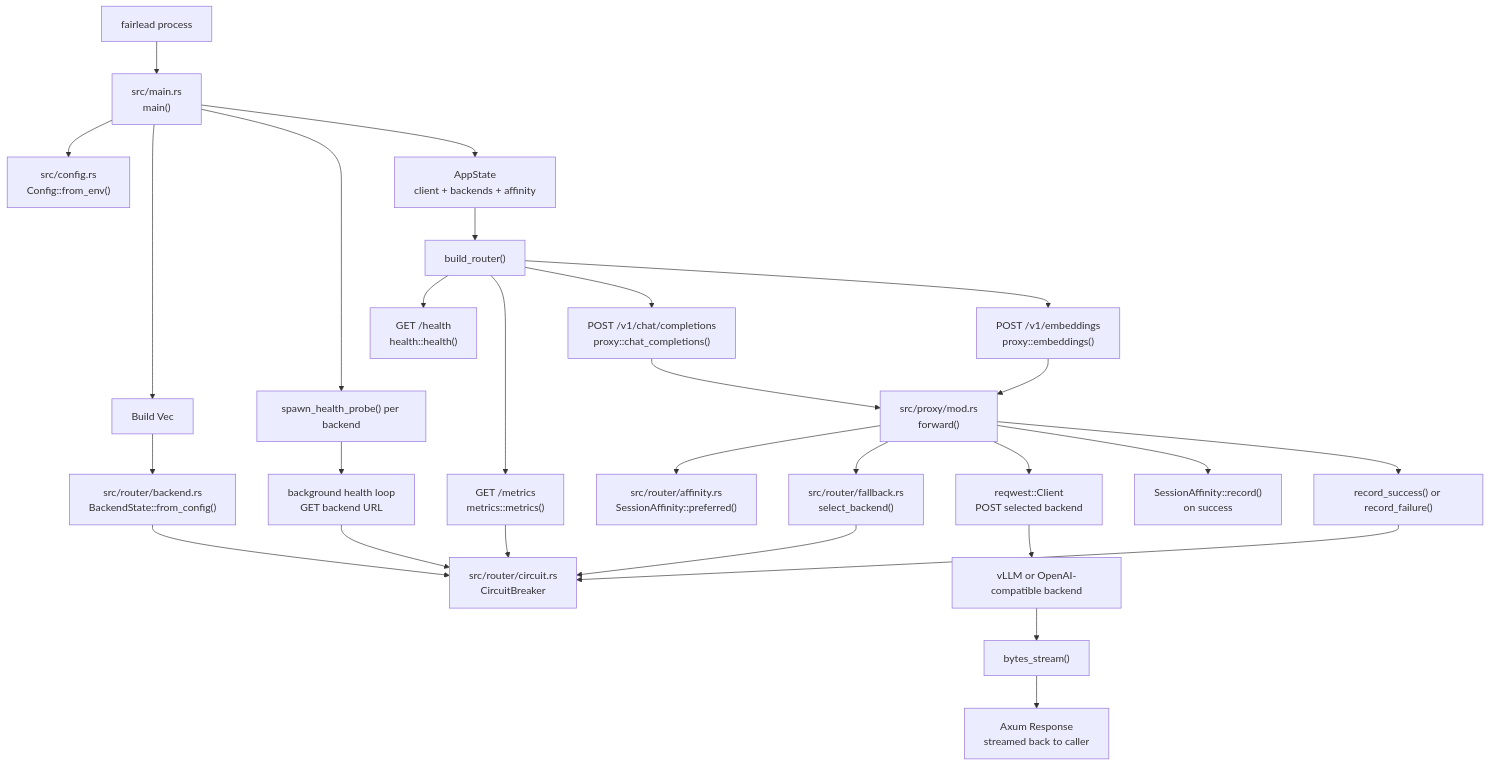
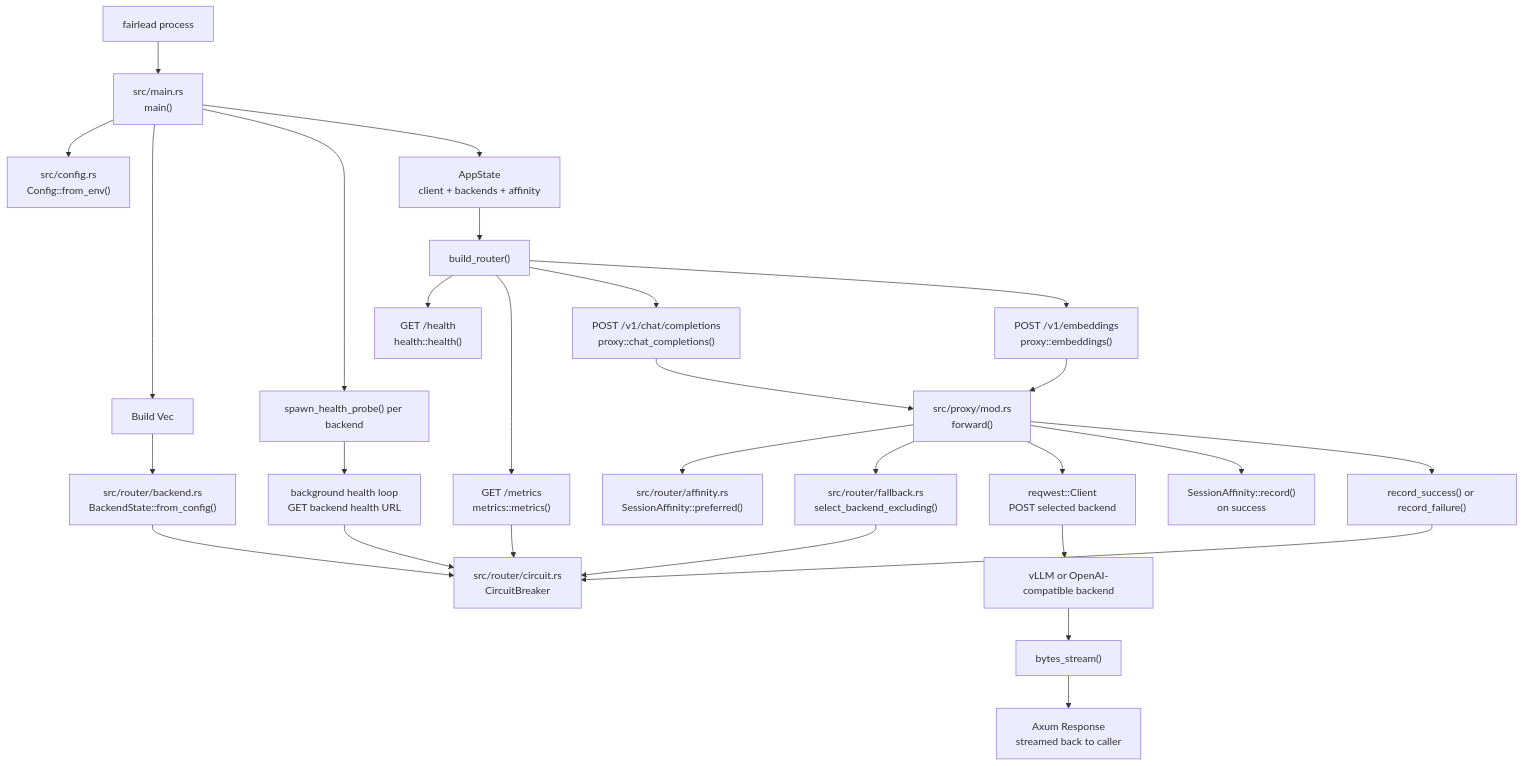
The diagram in docs/code_walkthrough.md (ybordag/fairlead), drawn with Mermaid before and after one commit. The commit also changed other lines of this file and 9 other files, not shown here.

````diff
--- a/docs/code_walkthrough.md
+++ b/docs/code_walkthrough.md
@@ -26,39 +26,39 @@
 ```mermaid
 flowchart TD
     process["fairlead process"] --> main["src/main.rs\nmain()"]
 
     main --> cfg["src/config.rs\nConfig::from_env()"]
     main --> backend_build["Build Vec<BackendState>"]
     backend_build --> backend_state["src/router/backend.rs\nBackendState::from_config()"]
     backend_state --> circuit["src/router/circuit.rs\nCircuitBreaker"]
 
     main --> probes["spawn_health_probe() per backend"]
-    probes --> probe_loop["background health loop\nGET backend URL"]
+    probes --> probe_loop["background health loop\nGET backend health URL"]
     probe_loop --> circuit
 
     main --> app_state["AppState\nclient + backends + affinity"]
     app_state --> router_build["build_router()"]
 
     router_build --> health_route["GET /health\nhealth::health()"]
     router_build --> metrics_route["GET /metrics\nmetrics::metrics()"]
     router_build --> chat_route["POST /v1/chat/completions\nproxy::chat_completions()"]
     router_build --> embed_route["POST /v1/embeddings\nproxy::embeddings()"]
 
     chat_route --> forward["src/proxy/mod.rs\nforward()"]
     embed_route --> forward
 
     forward --> affinity_read["src/router/affinity.rs\nSessionAffinity::preferred()"]
-    forward --> select["src/router/fallback.rs\nselect_backend()"]
+    forward --> select["src/router/fallback.rs\nselect_backend_excluding()"]
     select --> circuit
 
     forward --> reqwest["reqwest::Client\nPOST selected backend"]
     reqwest --> upstream["vLLM or OpenAI-compatible backend"]
     upstream --> stream["bytes_stream()"]
     stream --> caller["Axum Response\nstreamed back to caller"]
 
     forward --> affinity_write["SessionAffinity::record()\non success"]
     forward --> circuit_update["record_success() or record_failure()"]
     circuit_update --> circuit
 
     metrics_route --> circuit
 ```
````
